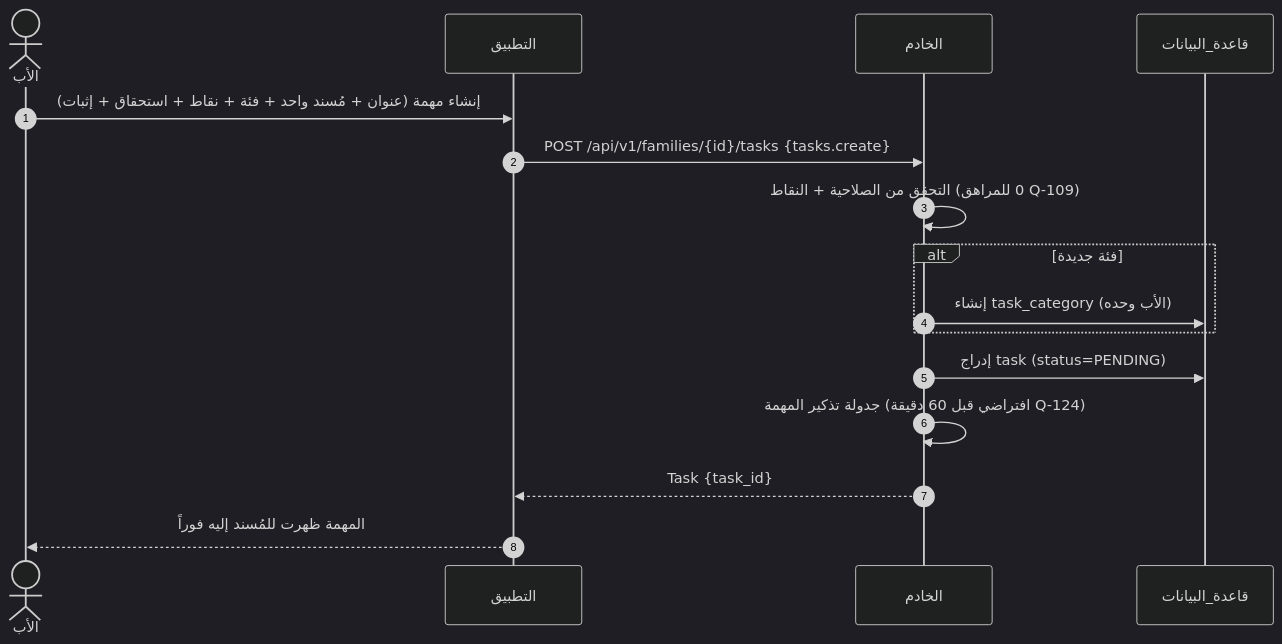
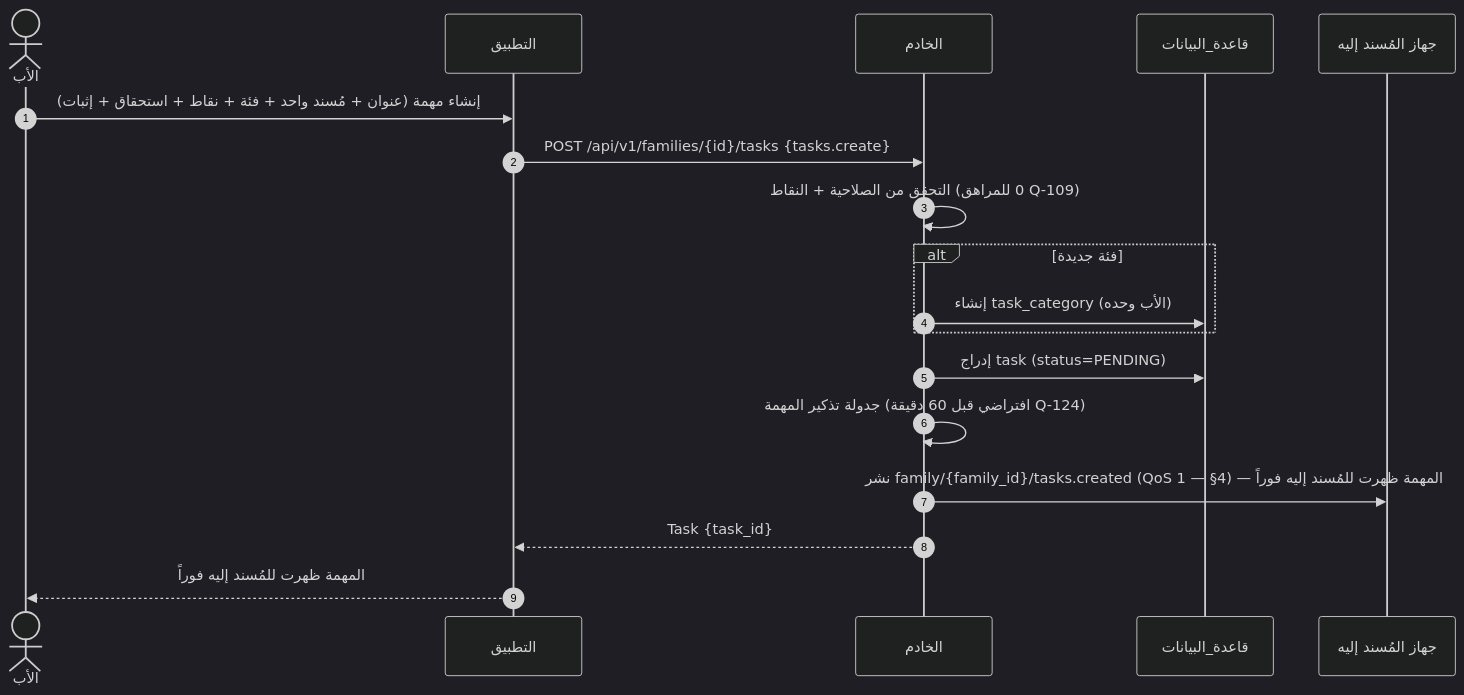
One commit to Bassam-mohammed-alqaeadi/family-os-v2 changed the third of 12 diagrams in docs/family-os/governance/phases/phase-1/S1-06-tasks-and-calendar/DIAGRAMS.md. Above: the diagram before and after it, drawn with Mermaid (dark theme). The commit also changed other lines of this file and 6 other files, not shown here.

````diff
--- a/docs/family-os/governance/phases/phase-1/S1-06-tasks-and-calendar/DIAGRAMS.md
+++ b/docs/family-os/governance/phases/phase-1/S1-06-tasks-and-calendar/DIAGRAMS.md
@@ -178,18 +178,20 @@
 ```mermaid
 sequenceDiagram
     autonumber
     actor Father as الأب
     participant App as التطبيق
     participant Ktor as الخادم
     participant DB as قاعدة_البيانات
+    participant Assignee as جهاز المُسند إليه
     Father->>App: إنشاء مهمة (عنوان + مُسند واحد + فئة + نقاط + استحقاق + إثبات)
     App->>Ktor: POST /api/v1/families/{id}/tasks {tasks.create}
     Ktor->>Ktor: التحقق من الصلاحية + النقاط (0 للمراهق Q-109)
     alt فئة جديدة
         Ktor->>DB: إنشاء task_category (الأب وحده)
     end
     Ktor->>DB: إدراج task (status=PENDING)
     Ktor->>Ktor: جدولة تذكير المهمة (افتراضي قبل 60 دقيقة Q-124)
+    Ktor->>Assignee: نشر family/{family_id}/tasks.created (QoS 1 — §4) — المهمة ظهرت للمُسند إليه فوراً
     Ktor-->>App: Task {task_id}
     App-->>Father: المهمة ظهرت للمُسند إليه فوراً
 ```
````
